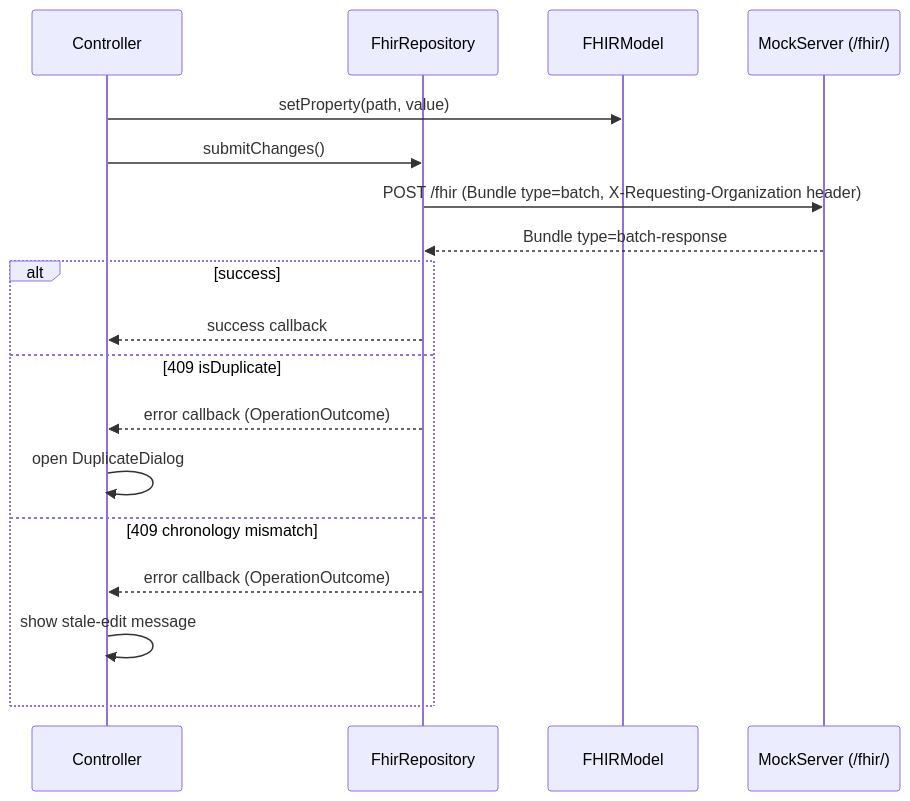
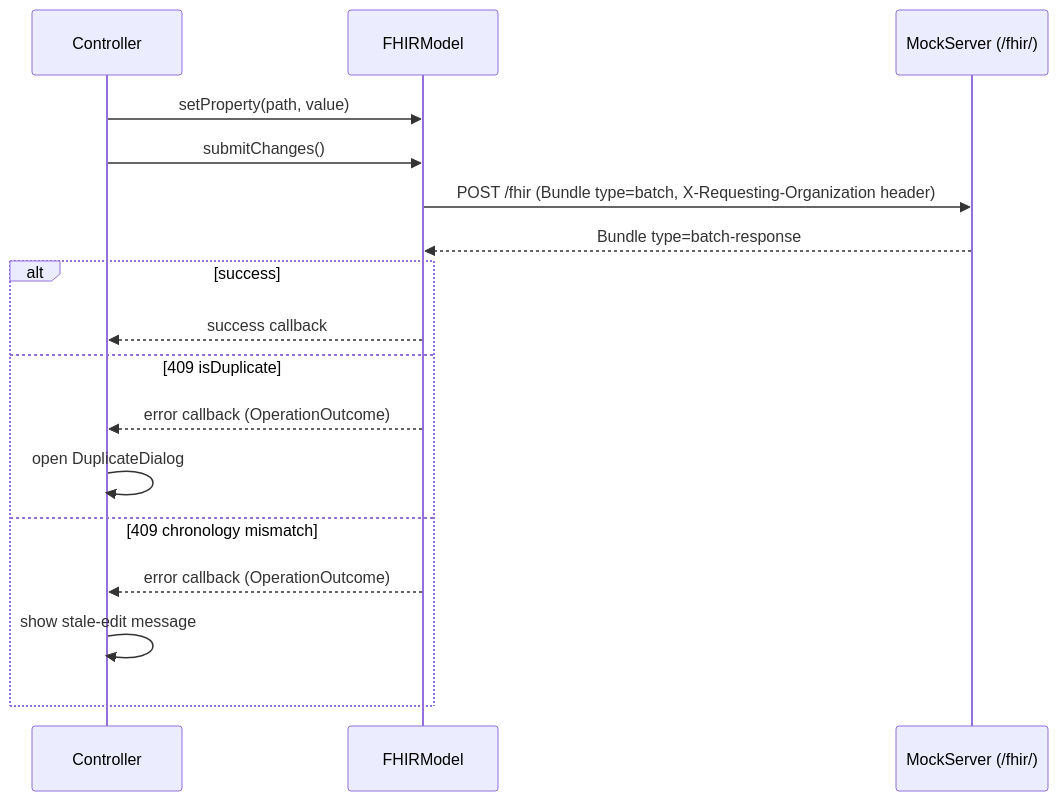
One commit to med-united/dgmp-openui5-prototype changed the second of 2 diagrams in openspec/changes/fhir-data-layer/design.md. Above: the diagram before and after it, drawn with Mermaid. The commit also changed other lines of this file and 23 other files, not shown here.

````diff
--- a/openspec/changes/fhir-data-layer/design.md
+++ b/openspec/changes/fhir-data-layer/design.md
@@ -32,21 +29,20 @@
 ```mermaid
 sequenceDiagram
     participant Controller
-    participant FhirRepository
     participant FHIRModel
     participant MockServer (/fhir/)
 
     Controller->>FHIRModel: setProperty(path, value)
-    Controller->>FhirRepository: submitChanges()
-    FhirRepository->>MockServer (/fhir/): POST /fhir  (Bundle type=batch, X-Requesting-Organization header)
-    MockServer (/fhir/)-->>FhirRepository: Bundle type=batch-response
+    Controller->>FHIRModel: submitChanges()
+    FHIRModel->>MockServer (/fhir/): POST /fhir  (Bundle type=batch, X-Requesting-Organization header)
+    MockServer (/fhir/)-->>FHIRModel: Bundle type=batch-response
     alt success
-        FhirRepository-->>Controller: success callback
+        FHIRModel-->>Controller: success callback
     else 409 isDuplicate
-        FhirRepository-->>Controller: error callback (OperationOutcome)
+        FHIRModel-->>Controller: error callback (OperationOutcome)
         Controller->>Controller: open DuplicateDialog
     else 409 chronology mismatch
-        FhirRepository-->>Controller: error callback (OperationOutcome)
+        FHIRModel-->>Controller: error callback (OperationOutcome)
         Controller->>Controller: show stale-edit message
     end
 ```
````
